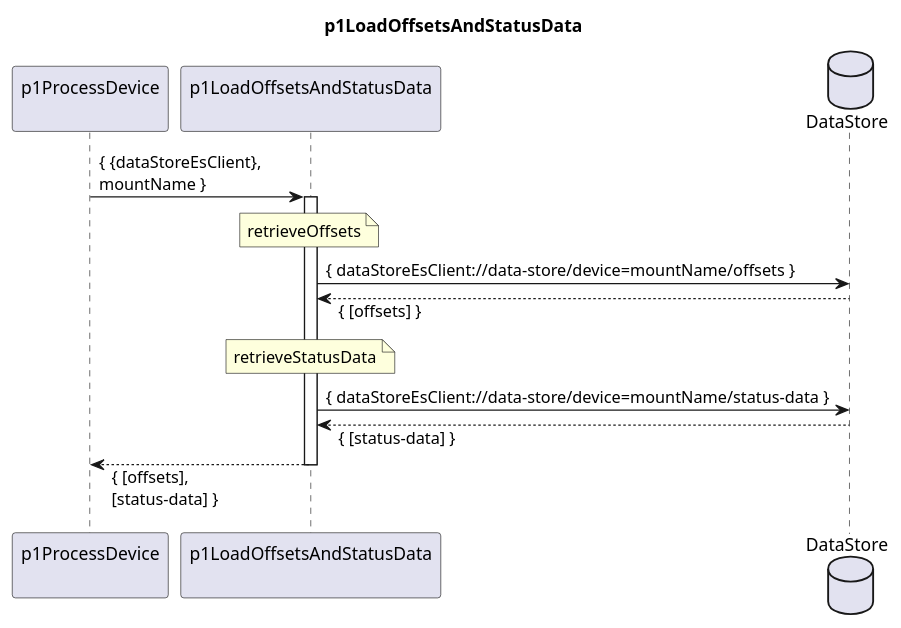
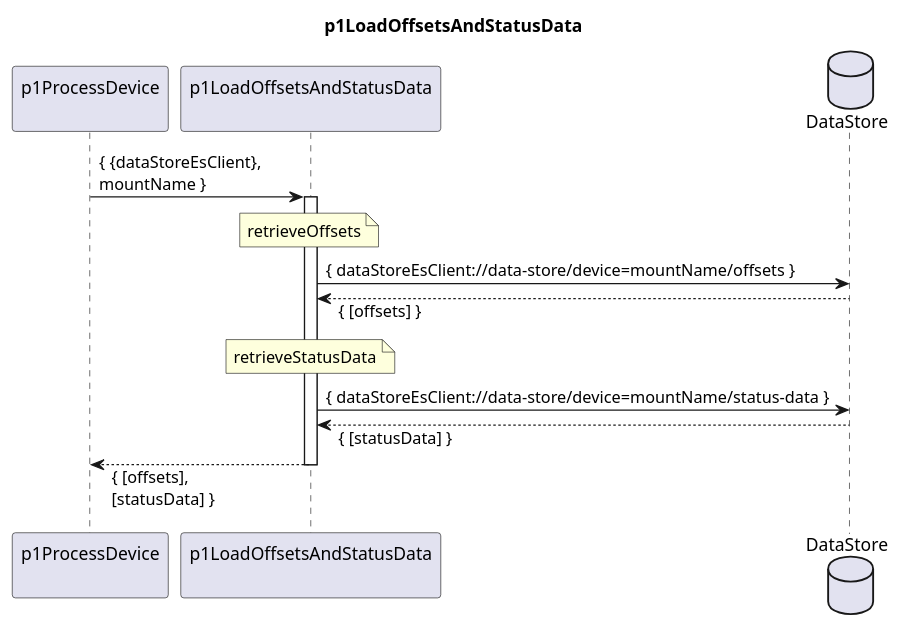
The diagram in spec/Functions/p1StreamPmData/p2ProcessDevice/p1LoadOffsetsAndStatusData/1.0.0/p1LoadOffsetsAndStatusData.plantuml (openBackhaul/DevicePerformanceManagementDataProcessor), drawn with PlantUML before and after one commit. The commit also changed 83 other files, not shown here.

```diff
--- a/spec/Functions/p1StreamPmData/p2ProcessDevice/p1LoadOffsetsAndStatusData/1.0.0/p1LoadOffsetsAndStatusData.plantuml
+++ b/spec/Functions/p1StreamPmData/p2ProcessDevice/p1LoadOffsetsAndStatusData/1.0.0/p1LoadOffsetsAndStatusData.plantuml
@@ -1,30 +1,30 @@
 @startuml p1LoadOffsetsAndStatusData
 skinparam responseMessageBelowArrow true
 
 title
   p1LoadOffsetsAndStatusData
 end title
 
 participant "p1ProcessDevice\n" as requestor
 participant "p1LoadOffsetsAndStatusData\n" as cur
 database "DataStore" as datastore
 
 requestor -> cur: { {dataStoreEsClient},\nmountName }
 activate cur
 
   note over cur
     retrieveOffsets
   end note
   cur -> datastore: { dataStoreEsClient://data-store/device=mountName/offsets }
   cur <-- datastore: { [offsets] }
 
   note over cur
     retrieveStatusData
   end note
   cur -> datastore: { dataStoreEsClient://data-store/device=mountName/status-data }
-  cur <-- datastore: { [status-data] }
+  cur <-- datastore: { [statusData] }
   
-requestor <-- cur: { [offsets],\n[status-data] }
+requestor <-- cur: { [offsets],\n[statusData] }
 deactivate cur
 
 @enduml
```
